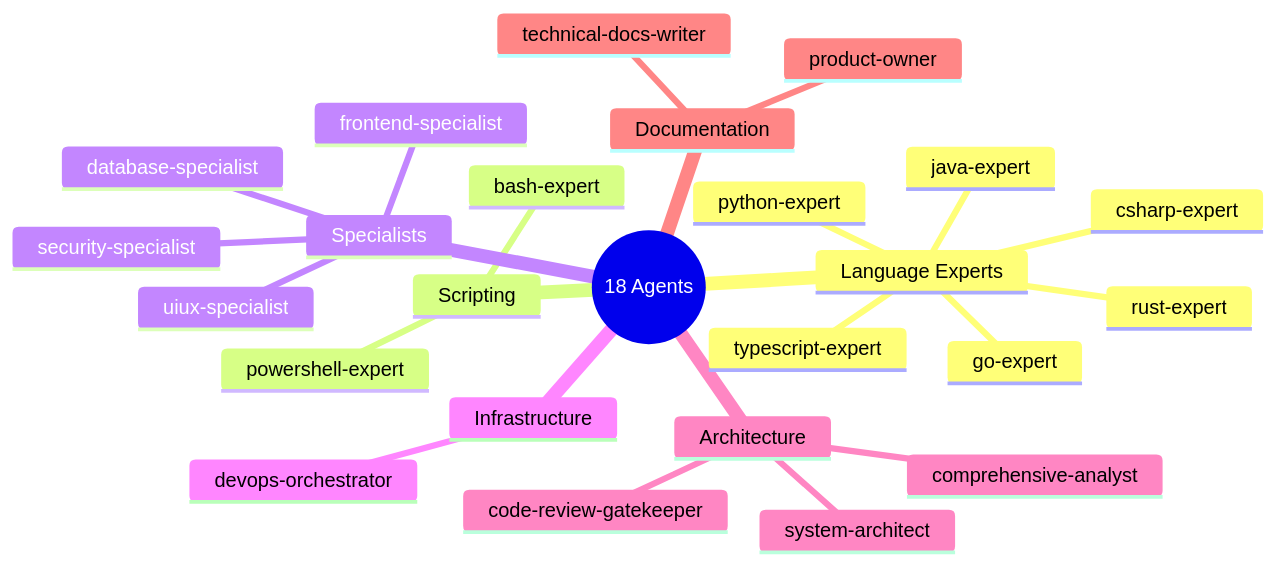
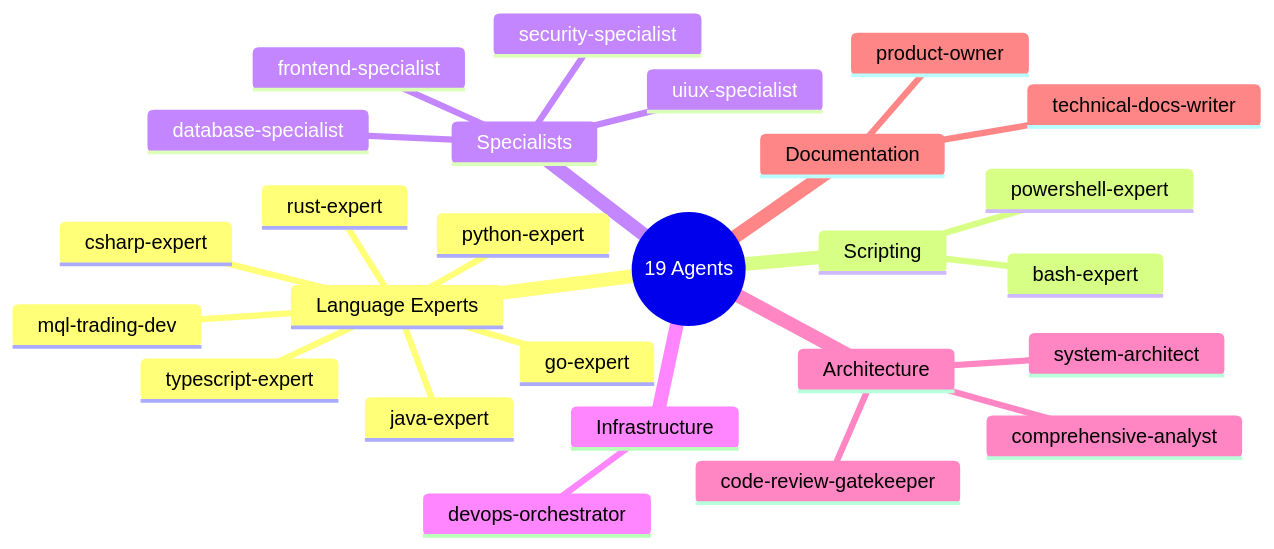
The fourth of 4 diagrams in skills/workflow-visualizer.md (tomas-rampas/claude-agentic-framework), drawn with Mermaid before and after one commit. The commit also changed other lines of this file and 11 other files, not shown here.

First line of the commit message:
docs: correct agent count to 19 framework-wide; register mql-trading-dev in claude.json

````diff
--- a/skills/workflow-visualizer.md
+++ b/skills/workflow-visualizer.md
@@ -107,28 +107,29 @@
 ```mermaid
 mindmap
-  root((18 Agents))
+  root((19 Agents))
     Language Experts
       rust-expert
       csharp-expert
       go-expert
       java-expert
       python-expert
       typescript-expert
+      mql-trading-dev
     Scripting
       bash-expert
       powershell-expert
     Specialists
       database-specialist
       frontend-specialist
       security-specialist
       uiux-specialist
     Infrastructure
       devops-orchestrator
     Architecture
       system-architect
       comprehensive-analyst
       code-review-gatekeeper
     Documentation
       technical-docs-writer
       product-owner
 ```
````
